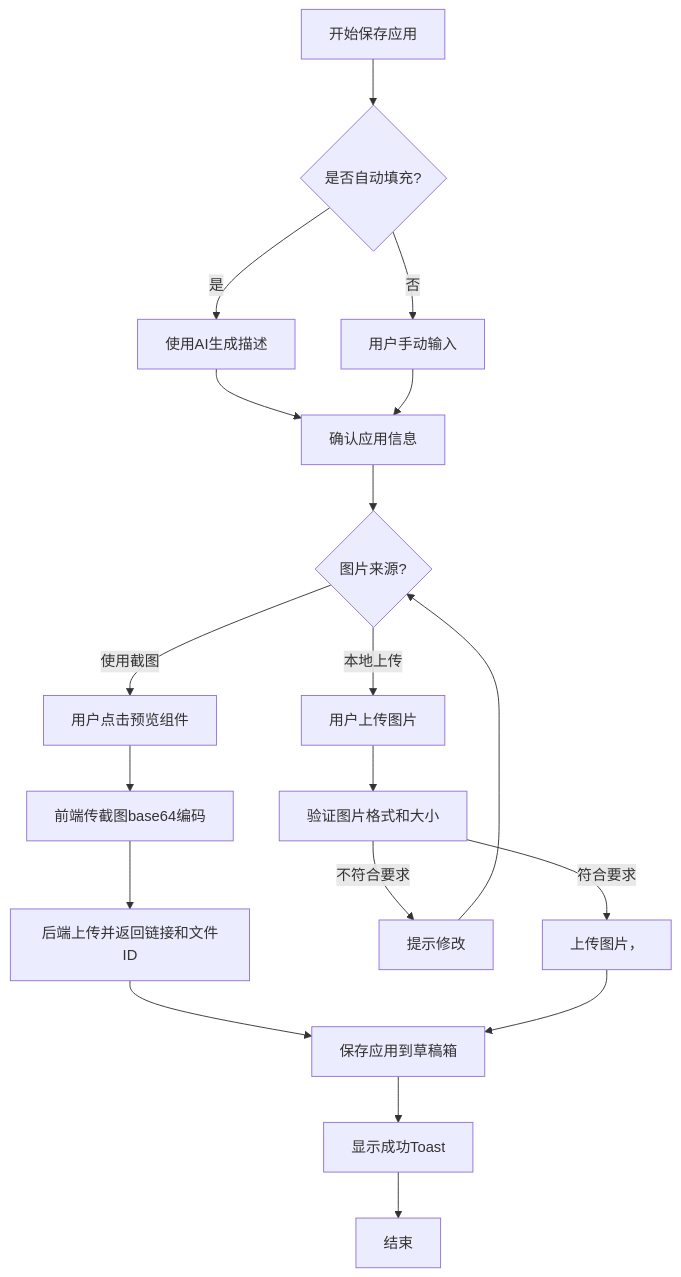
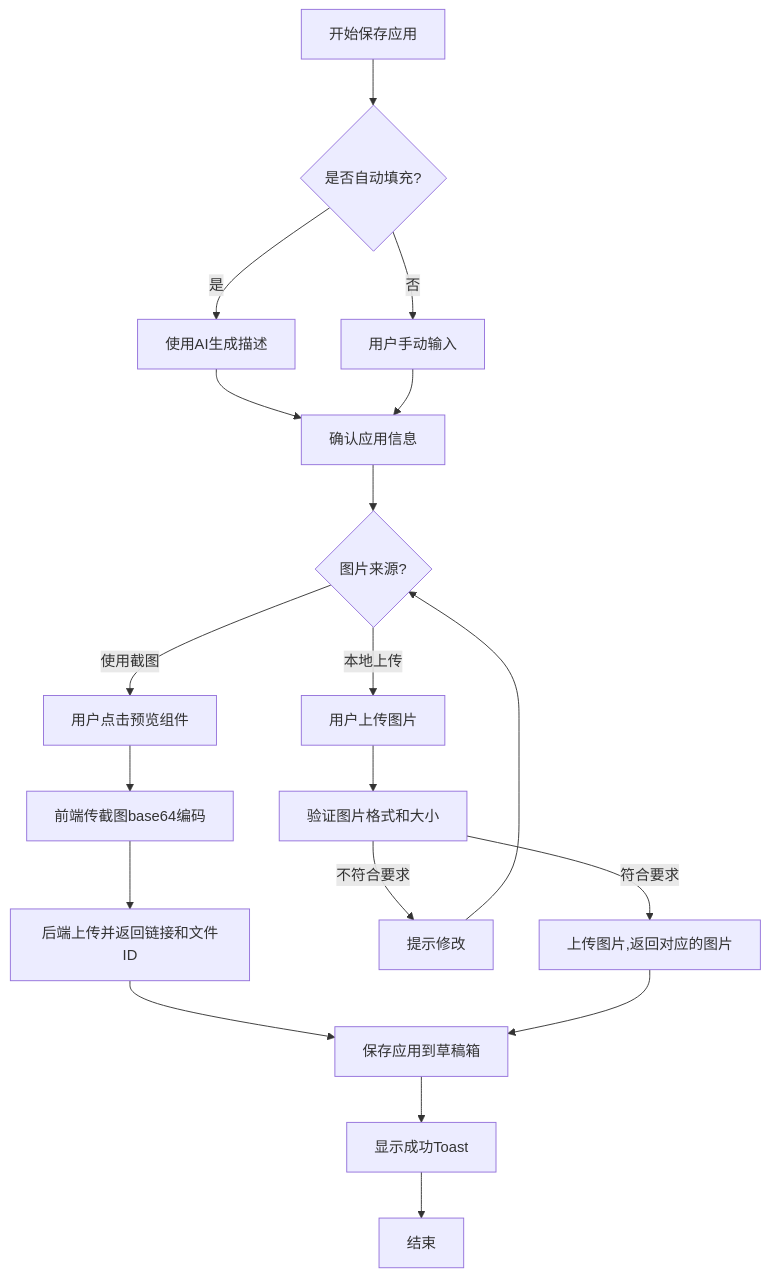
Before and after one commit to yingjianzh/iodraw-files: the diagram in all/未命名-66.md, drawn with Mermaid.

Commit message:
2025-05-27 11:21:04 update

````diff
--- a/all/未命名-66.md
+++ b/all/未命名-66.md
@@ -1,21 +1,21 @@
 ```mermaid
 flowchart TD
     A[开始保存应用] --> B{是否自动填充?}
     B -->|是| C[使用AI生成描述]
     B -->|否| D[用户手动输入]
     C --> E[确认应用信息]
     D --> E
     E --> F{图片来源?}
     F -->|使用截图| G[用户点击预览组件]
     F -->|本地上传| H[用户上传图片]
     G --> G1[前端传截图base64编码]
     G1 --> G2[后端上传并返回链接和文件ID]
     H --> I[验证图片格式和大小]
     I -->|不符合要求| J[提示修改]
     J --> F
-    I -->|符合要求| K1[上传图片，]
+    I -->|符合要求| K1[上传图片,返回对应的图片]
     G2 --> K[保存应用到草稿箱]
     K1 --> K
     K --> L[显示成功Toast]
     L --> M[结束]
 ```
````
